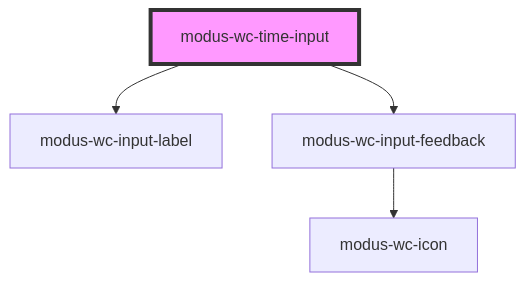
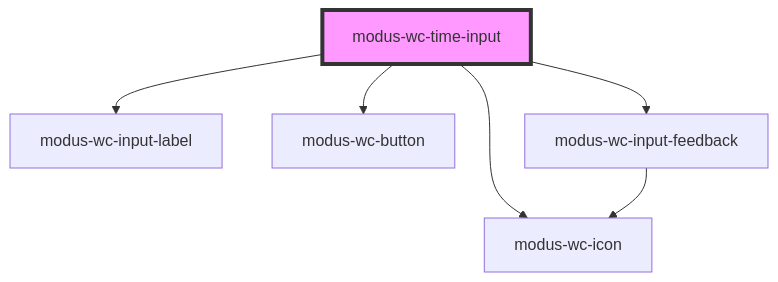
Before and after one commit to trimble-oss/modus-wc-2.0: the diagram in src/components/modus-wc-time-input/readme.md, drawn with Mermaid. The commit also changed other lines of this file and 3 other files, not shown here.

````diff
--- a/src/components/modus-wc-time-input/readme.md
+++ b/src/components/modus-wc-time-input/readme.md
@@ -56,7 +53,9 @@
 ```mermaid
 graph TD;
   modus-wc-time-input --> modus-wc-input-label
+  modus-wc-time-input --> modus-wc-button
+  modus-wc-time-input --> modus-wc-icon
   modus-wc-time-input --> modus-wc-input-feedback
   modus-wc-input-feedback --> modus-wc-icon
   style modus-wc-time-input fill:#f9f,stroke:#333,stroke-width:4px
 ```
````
